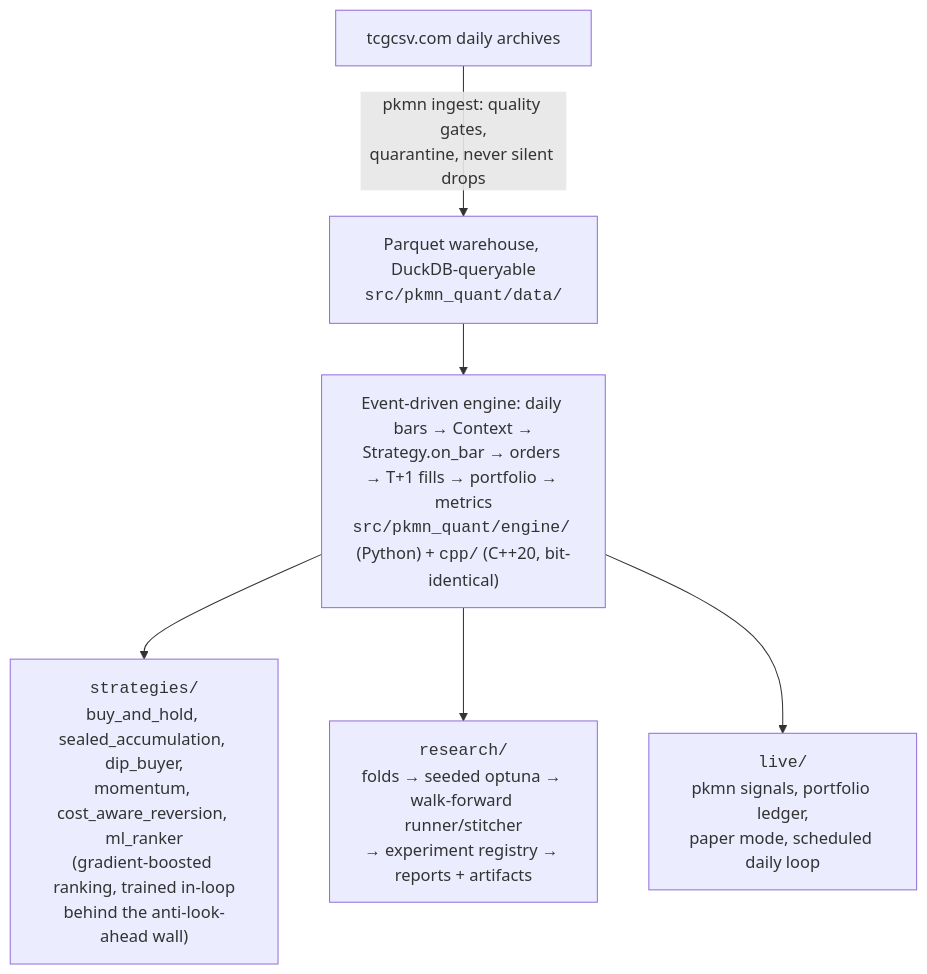
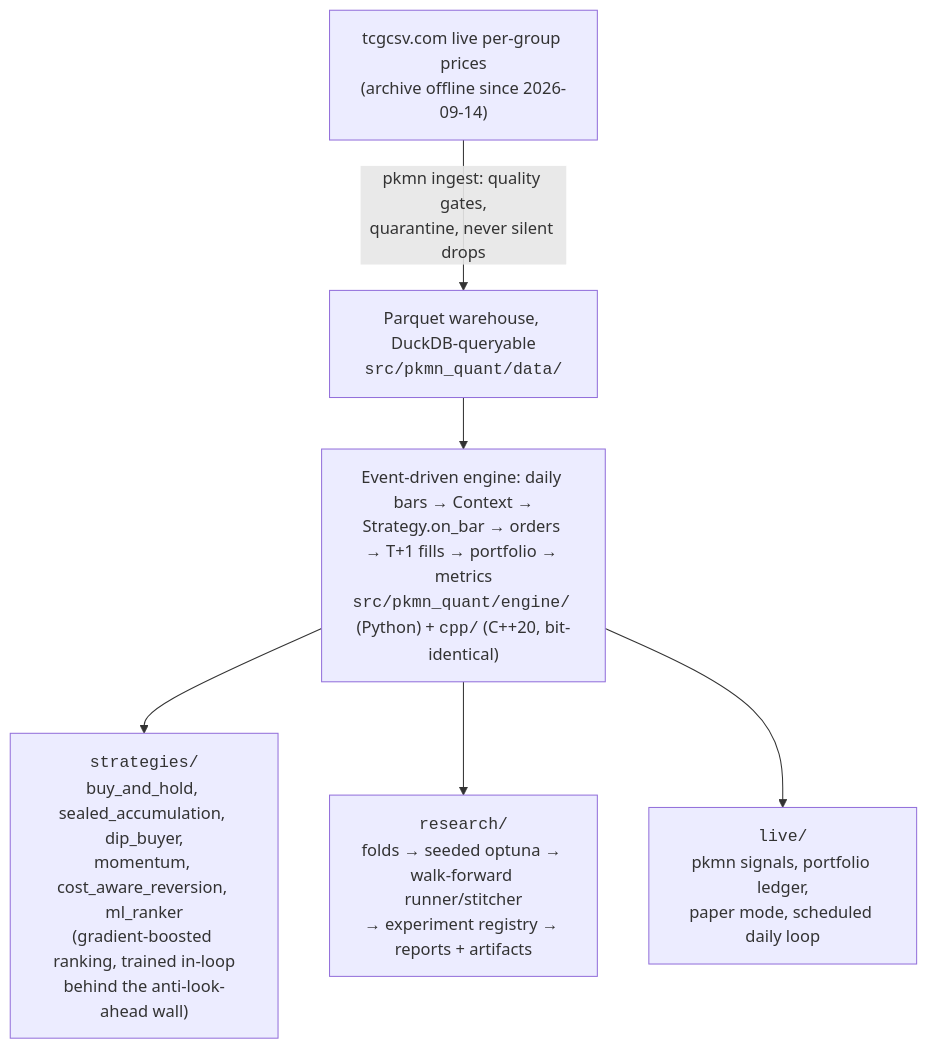
Before and after one commit to mlhv/pkmn-stock: the diagram in README.md, drawn with Mermaid. The commit also changed other lines of this file and 6 other files, not shown here.

Commit message:
feat(daily): live ingest, alert policy and four runs a day

````diff
--- a/README.md
+++ b/README.md
@@ -78,8 +78,8 @@
 ```mermaid
 flowchart TD
-    A["tcgcsv.com daily archives"] -->|"pkmn ingest: quality gates,<br/>quarantine, never silent drops"| B["Parquet warehouse, DuckDB-queryable<br/><code>src/pkmn_quant/data/</code>"]
+    A["tcgcsv.com live per-group prices<br/>(archive offline since 2026-09-14)"] -->|"pkmn ingest: quality gates,<br/>quarantine, never silent drops"| B["Parquet warehouse, DuckDB-queryable<br/><code>src/pkmn_quant/data/</code>"]
     B --> C["Event-driven engine: daily bars → Context →<br/>Strategy.on_bar → orders → T+1 fills → portfolio → metrics<br/><code>src/pkmn_quant/engine/</code> (Python) + <code>cpp/</code> (C++20, bit-identical)"]
     C --> D["<code>strategies/</code><br/>buy_and_hold, sealed_accumulation, dip_buyer,<br/>momentum, cost_aware_reversion, ml_ranker<br/>(gradient-boosted ranking, trained in-loop<br/>behind the anti-look-ahead wall)"]
     C --> E["<code>research/</code><br/>folds → seeded optuna → walk-forward runner/stitcher<br/>→ experiment registry → reports + artifacts"]
     C --> F["<code>live/</code><br/>pkmn signals, portfolio ledger,<br/>paper mode, scheduled daily loop"]
 ```
````
